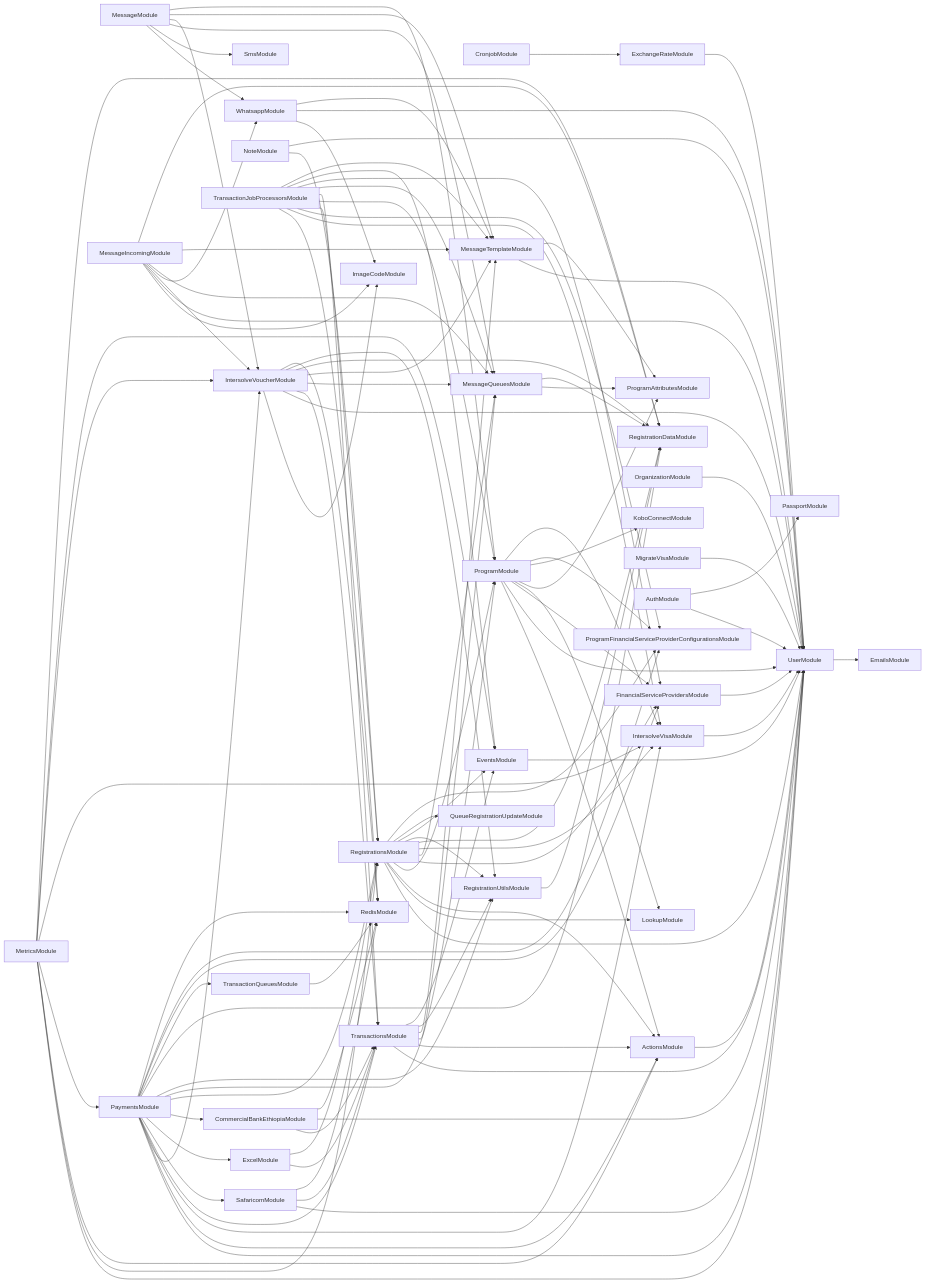
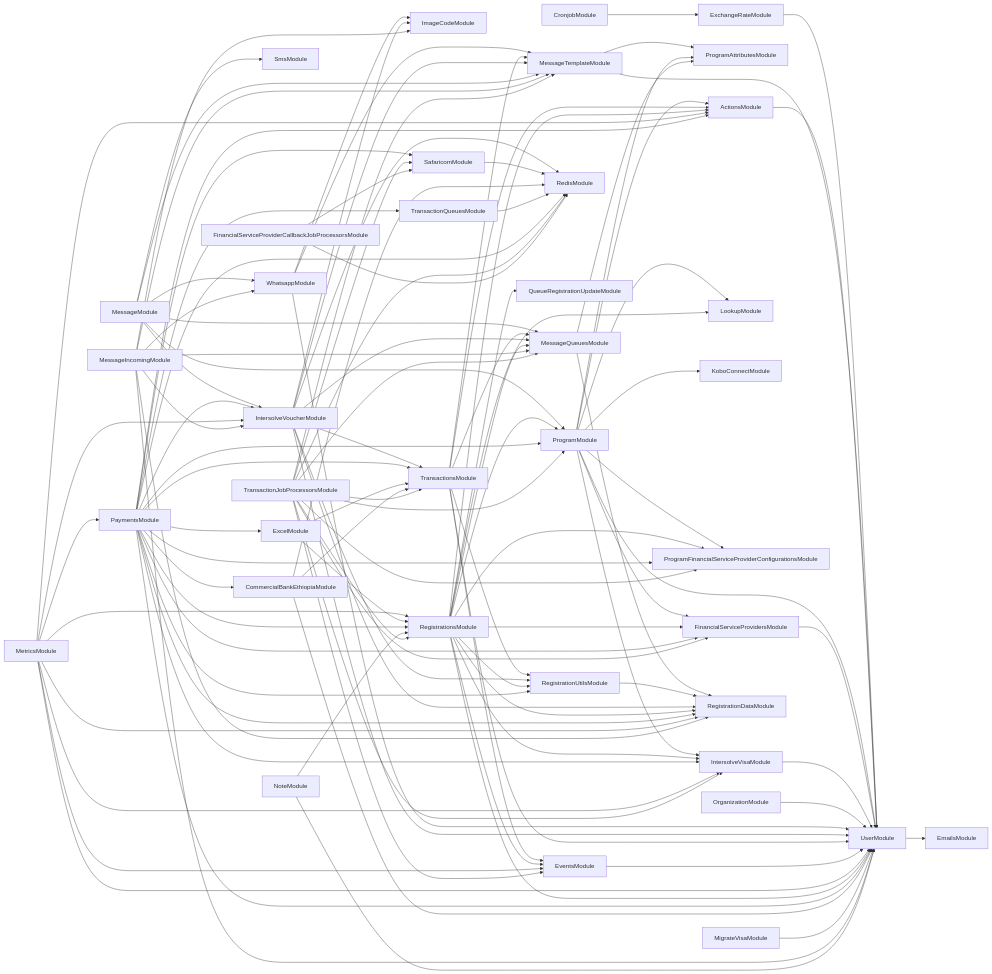
Before and after one commit to global-121/121-platform: the diagram in services/121-service/module-dependencies.md, drawn with Mermaid. The commit also changed 92 other files, not shown here.

````diff
--- a/services/121-service/module-dependencies.md
+++ b/services/121-service/module-dependencies.md
@@ -68,8 +68,6 @@
   PaymentsModule-->IntersolveVisaModule
   PaymentsModule-->TransactionsModule
   PaymentsModule-->SafaricomModule
-  SafaricomModule-->UserModule
-  SafaricomModule-->TransactionsModule
   SafaricomModule-->RedisModule
   PaymentsModule-->ExcelModule
   ExcelModule-->TransactionsModule
@@ -101,10 +99,9 @@
   MessageIncomingModule-->RegistrationDataModule
   NoteModule-->RegistrationsModule
   NoteModule-->UserModule
-  AuthModule-->UserModule
-  AuthModule-->PassportModule
   TransactionJobProcessorsModule-->RedisModule
   TransactionJobProcessorsModule-->IntersolveVisaModule
+  TransactionJobProcessorsModule-->SafaricomModule
   TransactionJobProcessorsModule-->ProgramFinancialServiceProviderConfigurationsModule
   TransactionJobProcessorsModule-->RegistrationsModule
   TransactionJobProcessorsModule-->ProgramModule
@@ -113,4 +110,6 @@
   TransactionJobProcessorsModule-->FinancialServiceProvidersModule
   TransactionJobProcessorsModule-->EventsModule
   TransactionJobProcessorsModule-->MessageTemplateModule
+  FinancialServiceProviderCallbackJobProcessorsModule-->RedisModule
+  FinancialServiceProviderCallbackJobProcessorsModule-->SafaricomModule
 ```
````
